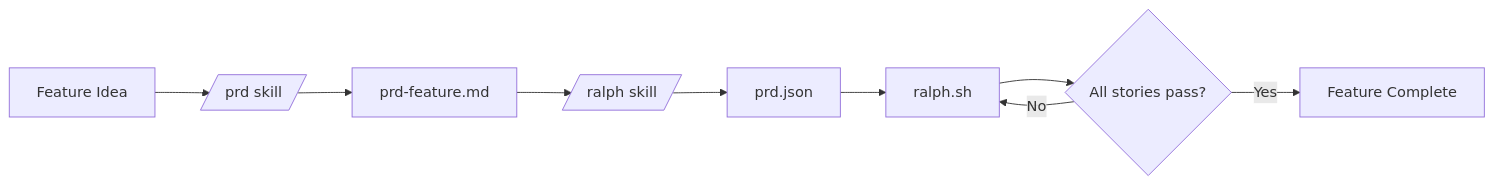
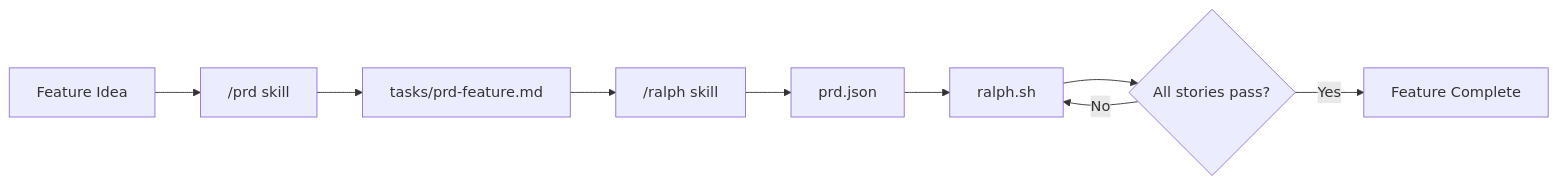
Before and after one commit to jayozer/ralph_code: the fourth of 5 diagrams in README.md, drawn with Mermaid. The commit also changed other lines of this file and 1 other file, not shown here.

First line of the commit message:
docs: comprehensive README rewrite with mermaid diagrams

````diff
--- a/README.md
+++ b/README.md
@@ -202,11 +287,11 @@
 ```mermaid
 flowchart LR
-    A[Feature Idea] --> B[/prd skill/]
-    B --> C[prd-feature.md]
-    C --> D[/ralph skill/]
-    D --> E[prd.json]
-    E --> F[ralph.sh]
+    A[Feature Idea] --> B["/prd skill"]
+    B --> C["tasks/prd-feature.md"]
+    C --> D["/ralph skill"]
+    D --> E["prd.json"]
+    E --> F["ralph.sh"]
     F --> G{All stories pass?}
     G -->|No| F
     G -->|Yes| H[Feature Complete]
 ```
````
